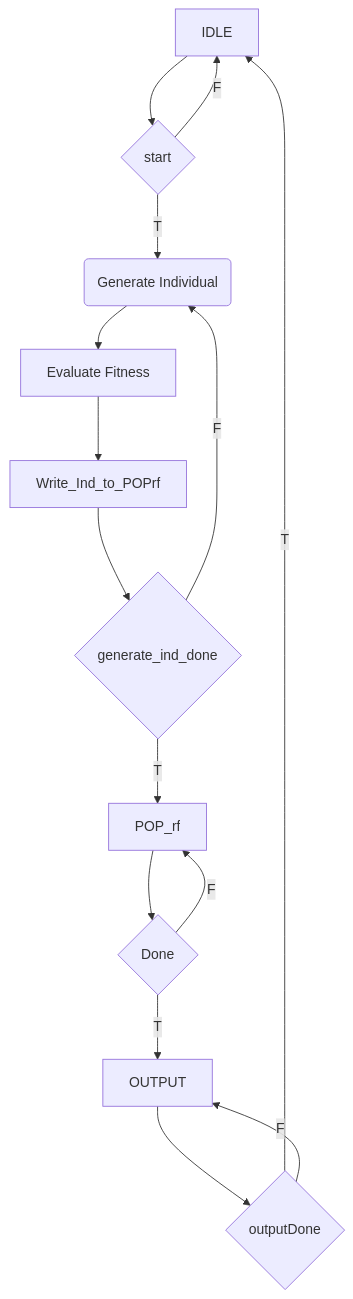
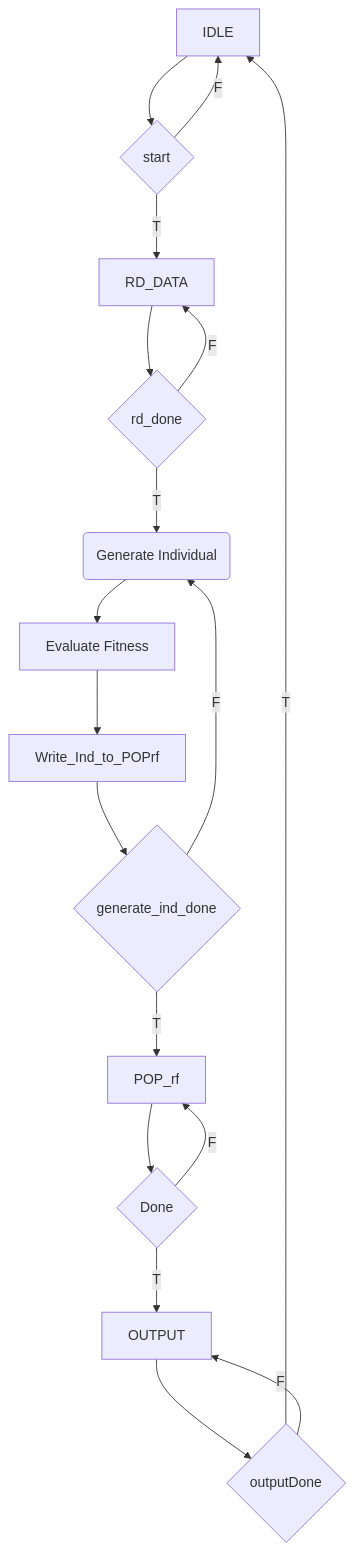
One commit to sicajc/EC_FINAL_PROJECT changed the first of 2 diagrams in README.md. Above: the diagram before and after it, drawn with Mermaid.

Commit message:
Fix flowchart, add RD_DATA stage

````diff
--- a/README.md
+++ b/README.md
@@ -8,16 +8,19 @@
 ```mermaid
     graph TD
     A[IDLE] -->D{start}
     B(Generate Individual) --> C[Evaluate Fitness]
     --> f[Write_Ind_to_POPrf]
-    D --> |T|B
+    D --> |T|RD_DATA
+    RD_DATA --> rd_done{rd_done}
+    rd_done --> |T|B
+    rd_done --> |F|RD_DATA
     D --> |F|A
     f --> E{generate_ind_done}
     E --> |T| F[POP_rf]
     E --> |F| B
     F --> a{Done}
     a --> |T| b[OUTPUT]
     a --> |F| F
     b --> c{outputDone} --> |T|A
     c --> |F|b
 ```
````
